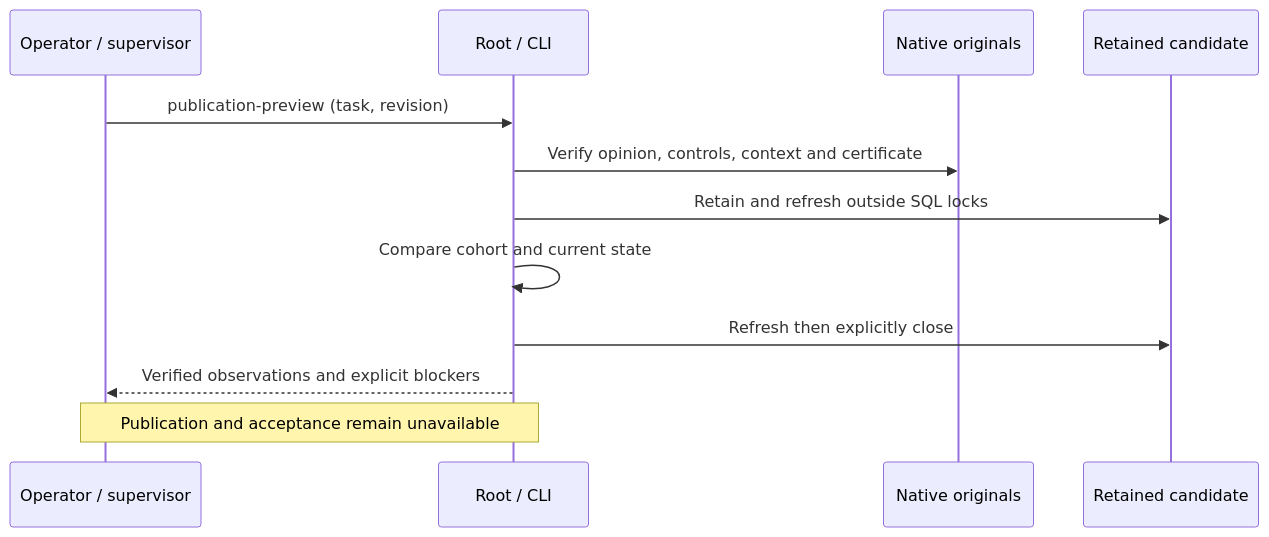
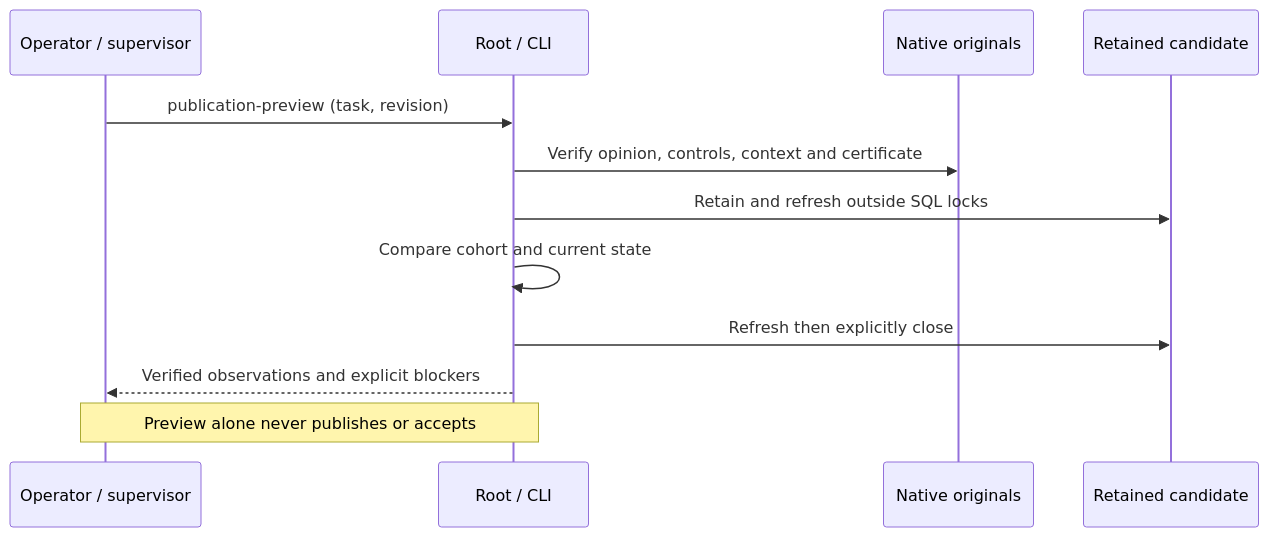
Diagram 16 of 17 in docs/en/NATIVE-REVIEWER.md (mo0ogly/swarm), drawn with Mermaid before and after one commit. The commit also changed other lines of this file and 32 other files, not shown here.

````diff
--- a/docs/en/NATIVE-REVIEWER.md
+++ b/docs/en/NATIVE-REVIEWER.md
@@ -1025,14 +1027,14 @@
 ```mermaid
 sequenceDiagram
     participant U as Operator / supervisor
     participant R as Root / CLI
     participant O as Native originals
     participant C as Retained candidate
     U->>R: publication-preview (task, revision)
     R->>O: Verify opinion, controls, context and certificate
     R->>C: Retain and refresh outside SQL locks
     R->>R: Compare cohort and current state
     R->>C: Refresh then explicitly close
     R-->>U: Verified observations and explicit blockers
-    Note over R,U: Publication and acceptance remain unavailable
+    Note over R,U: Preview alone never publishes or accepts
 ```
````
